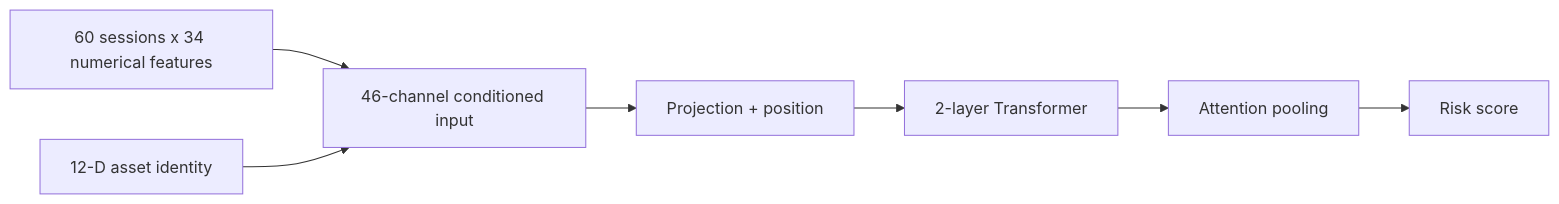
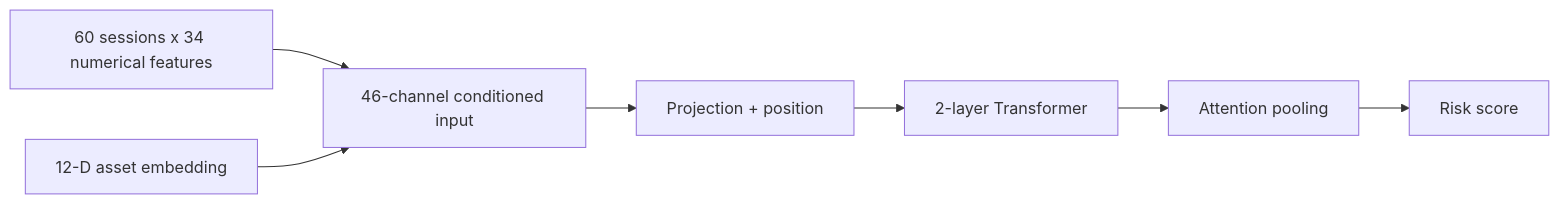
Before and after one commit to husaam-atq/MSc-financial-transformer-market-dynamics: the second of 4 diagrams in README.md, drawn with Mermaid. The commit also changed other lines of this file, not shown here.

````diff
--- a/README.md
+++ b/README.md
@@ -155,9 +159,9 @@
 ```mermaid
 flowchart LR
     A["60 sessions x 34 numerical features"] --> C["46-channel conditioned input"]
-    B["12-D asset identity"] --> C
+    B["12-D asset embedding"] --> C
     C --> D["Projection + position"]
     D --> E["2-layer Transformer"]
     E --> F["Attention pooling"]
     F --> G["Risk score"]
 ```
````
